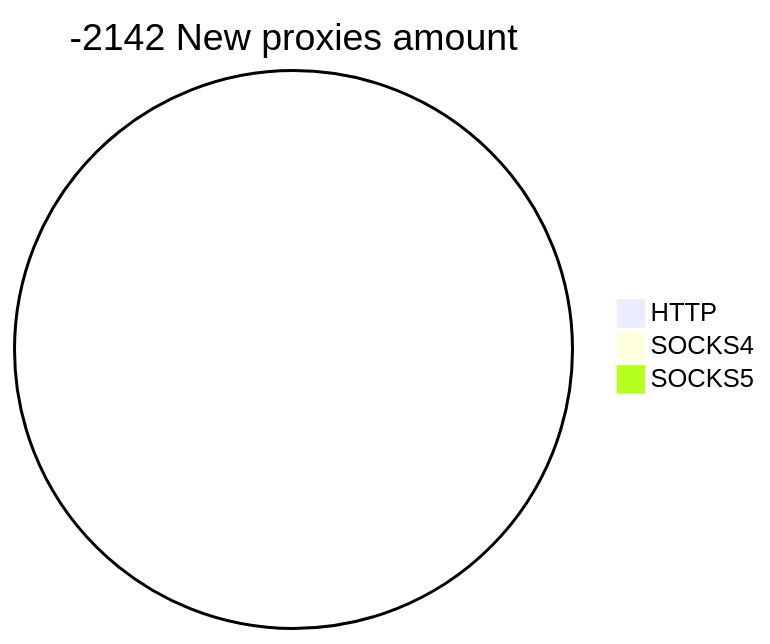
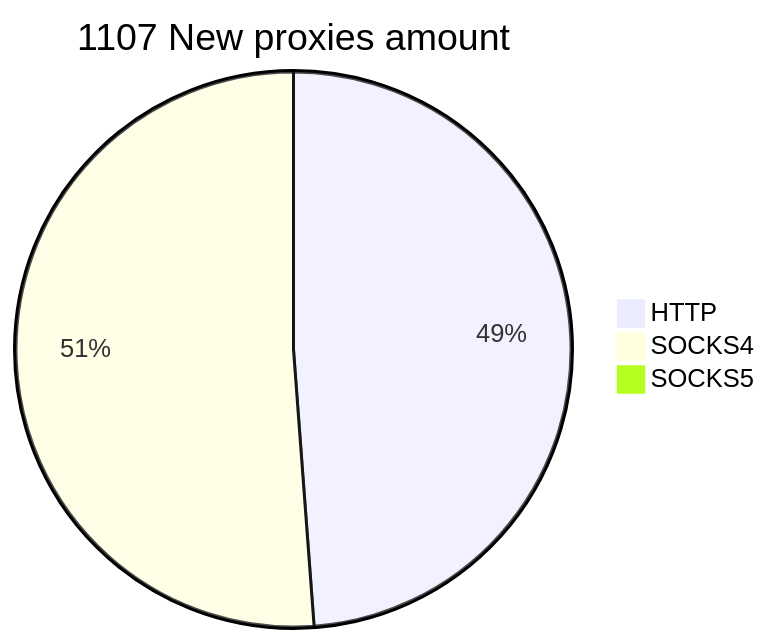
One commit to cutipu/proxylist changed the second of 2 diagrams in README.md. Above: the diagram before and after it, drawn with Mermaid. The commit also changed other lines of this file, not shown here.

````diff
--- a/README.md
+++ b/README.md
@@ -10,6 +10,6 @@
 ```mermaid
-pie title -2142 New proxies amount
-    "HTTP" : 0
-    "SOCKS4" : 0
+pie title 1107 New proxies amount
+    "HTTP" : 867
+    "SOCKS4" : 909
     "SOCKS5" : 0
 ```
````
